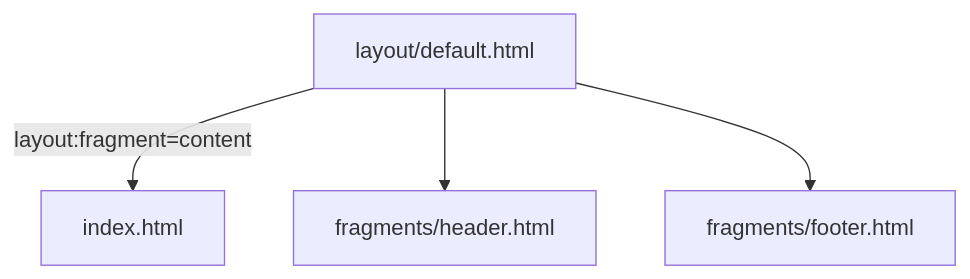
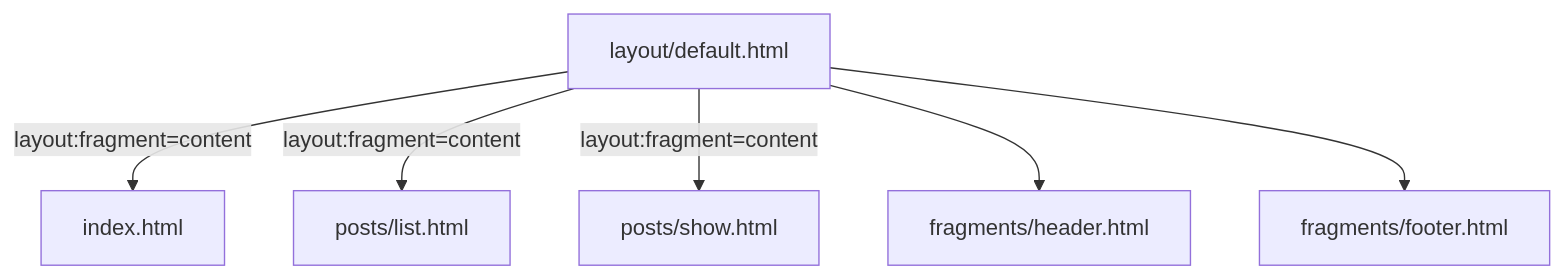
Before and after one commit to tomirgang/tomsblog: the sixth of 8 diagrams in docs/design/modules/ROOT/pages/blog-content/index.adoc, drawn with Mermaid. The commit also changed other lines of this file and 18 other files, not shown here.

```diff
--- a/docs/design/modules/ROOT/pages/blog-content/index.adoc
+++ b/docs/design/modules/ROOT/pages/blog-content/index.adoc
@@ -368,7 +419,9 @@
 [mermaid]
 ----
 graph TD
     A[layout/default.html] -->|layout:fragment=content| B[index.html]
+    A -->|layout:fragment=content| E[posts/list.html]
+    A -->|layout:fragment=content| F[posts/show.html]
     A --> C[fragments/header.html]
     A --> D[fragments/footer.html]
 ----
```
